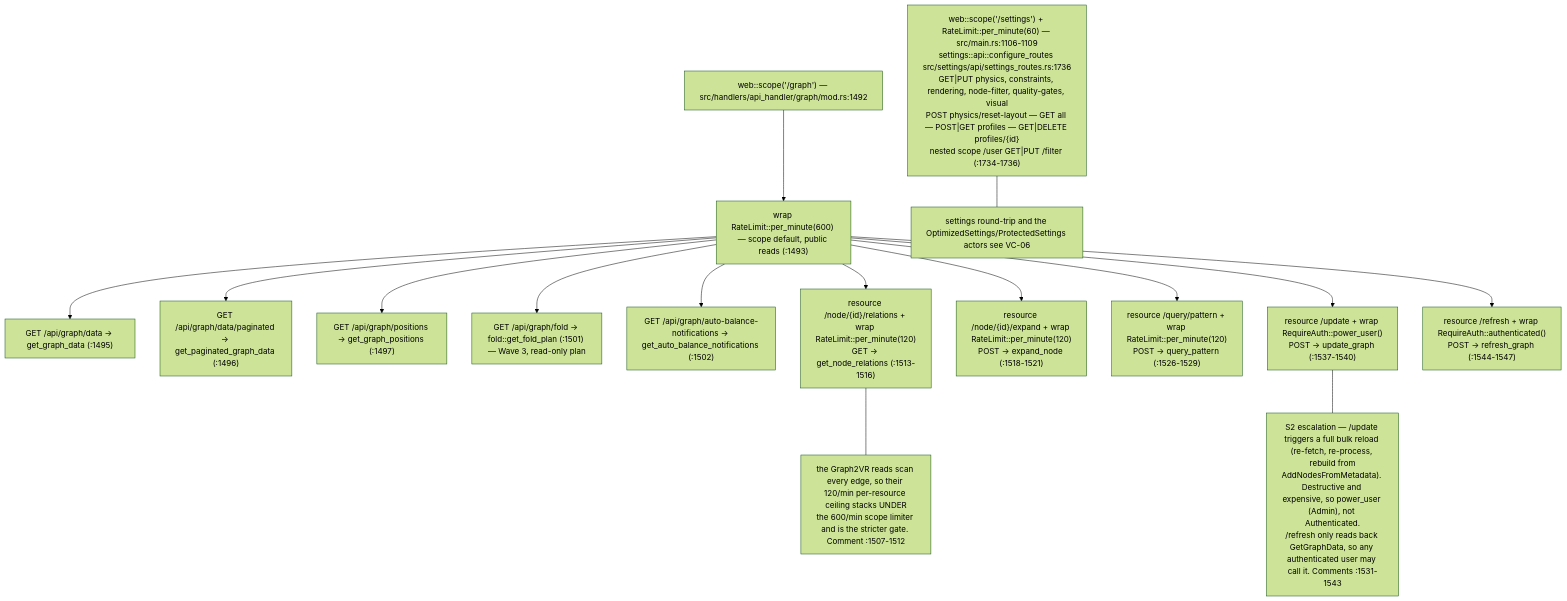
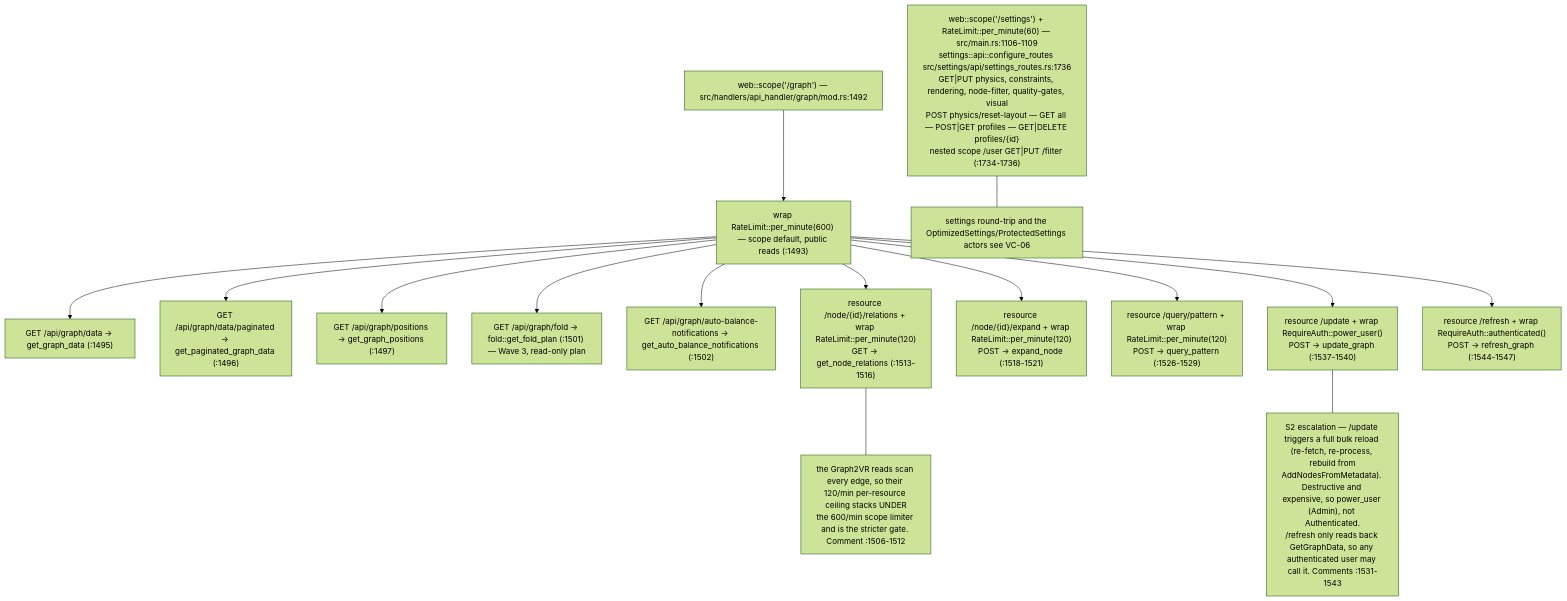
Before and after one commit to DreamLab-AI/VisionFlow: diagram 12 of 13 in docs/diagrams/visionclaw/01-boot-and-app-state.md, drawn with Mermaid (forest theme). The commit also changed other lines of this file and 94 other files, not shown here.

First line of the commit message:
docs(diagrams): re-verify 130 topics against 2 October HEADs

````diff
--- a/docs/diagrams/visionclaw/01-boot-and-app-state.md
+++ b/docs/diagrams/visionclaw/01-boot-and-app-state.md
@@ -452,22 +452,22 @@
 ```mermaid
 flowchart TB
     G["web::scope('/graph') — src/handlers/api_handler/graph/mod.rs:1492"]
     G --> RL["wrap RateLimit::per_minute(600) — scope default, public reads (:1493)"]
     RL --> P1["GET /api/graph/data → get_graph_data (:1495)"]
     RL --> P2["GET /api/graph/data/paginated → get_paginated_graph_data (:1496)"]
     RL --> P3["GET /api/graph/positions → get_graph_positions (:1497)"]
     RL --> P4["GET /api/graph/fold → fold::get_fold_plan (:1501) — Wave 3, read-only plan"]
     RL --> P5["GET /api/graph/auto-balance-notifications → get_auto_balance_notifications (:1502)"]
     RL --> T1["resource /node/{id}/relations + wrap RateLimit::per_minute(120)<br/>GET → get_node_relations (:1513-1516)"]
     RL --> T2["resource /node/{id}/expand + wrap RateLimit::per_minute(120)<br/>POST → expand_node (:1518-1521)"]
     RL --> T3["resource /query/pattern + wrap RateLimit::per_minute(120)<br/>POST → query_pattern (:1526-1529)"]
     RL --> A1["resource /update + wrap RequireAuth::power_user()<br/>POST → update_graph (:1537-1540)"]
     RL --> A2["resource /refresh + wrap RequireAuth::authenticated()<br/>POST → refresh_graph (:1544-1547)"]
     N1["S2 escalation — /update triggers a full bulk reload (re-fetch, re-process, rebuild from<br/>AddNodesFromMetadata). Destructive and expensive, so power_user (Admin), not Authenticated.<br/>/refresh only reads back GetGraphData, so any authenticated user may call it. Comments :1531-1543"]
     A1 --- N1
-    N2["the Graph2VR reads scan every edge, so their 120/min per-resource ceiling stacks UNDER<br/>the 600/min scope limiter and is the stricter gate. Comment :1507-1512"]
+    N2["the Graph2VR reads scan every edge, so their 120/min per-resource ceiling stacks UNDER<br/>the 600/min scope limiter and is the stricter gate. Comment :1506-1512"]
     T1 --- N2
     SET["web::scope('/settings') + RateLimit::per_minute(60) — src/main.rs:1106-1109<br/>settings::api::configure_routes src/settings/api/settings_routes.rs:1736<br/>GET|PUT physics, constraints, rendering, node-filter, quality-gates, visual<br/>POST physics/reset-layout — GET all — POST|GET profiles — GET|DELETE profiles/{id}<br/>nested scope /user GET|PUT /filter (:1734-1736)"]
     SET2["settings round-trip and the OptimizedSettings/ProtectedSettings actors see VC-06"]
     SET --- SET2
 ```
````
